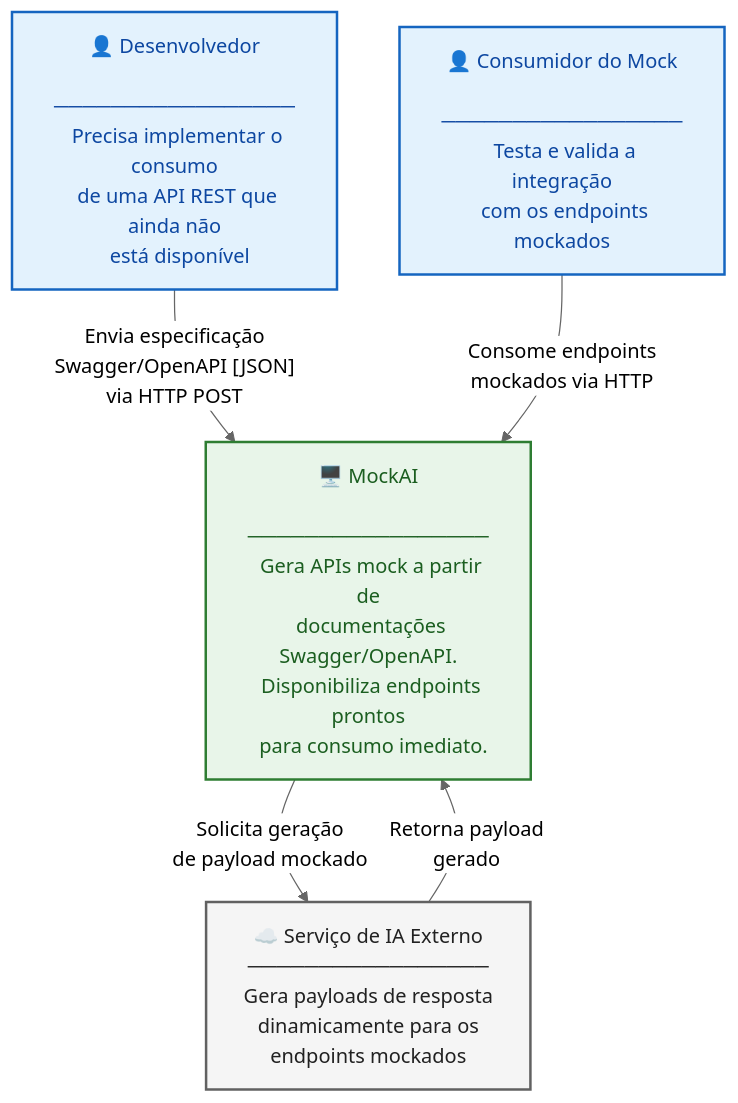
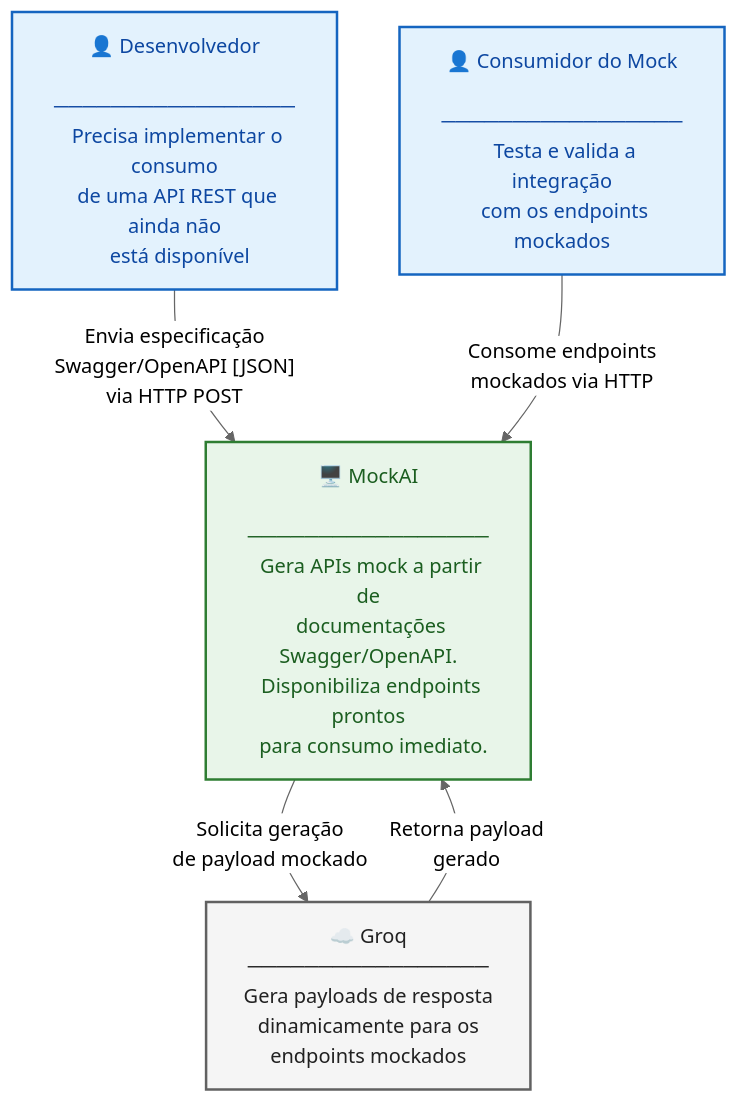
The first of 4 diagrams in docs/architecture-diagram.md (IA-para-DEVs-SCTEC-T2/mini-projeto-MockAi), drawn with Mermaid before and after one commit. The commit also changed other lines of this file and 10 other files, not shown here.

````diff
--- a/docs/architecture-diagram.md
+++ b/docs/architecture-diagram.md
@@ -15,45 +15,45 @@
 ```mermaid
 ---
 config:
   layout: dagre
   theme: neutral
 ---
 flowchart TD
   dev["👤 Desenvolvedor
   ─────────────────
   Precisa implementar o consumo
   de uma API REST que ainda não
   está disponível"]
 
   consumer["👤 Consumidor do Mock
   ─────────────────
   Testa e valida a integração
   com os endpoints mockados"]
 
   mockai["🖥️ MockAI
   ─────────────────
   Gera APIs mock a partir de
   documentações Swagger/OpenAPI.
   Disponibiliza endpoints prontos
   para consumo imediato."]
 
-  ai_ext["☁️ Serviço de IA Externo
+  ai_ext["☁️ Groq
   ─────────────────
   Gera payloads de resposta
   dinamicamente para os
   endpoints mockados"]
 
   dev -- "Envia especificação\nSwagger/OpenAPI [JSON]\nvia HTTP POST" --> mockai
   consumer -- "Consome endpoints\nmockados via HTTP" --> mockai
   mockai -- "Solicita geração\nde payload mockado" --> ai_ext
   ai_ext -- "Retorna payload\ngerado" --> mockai
 
   dev:::person
   consumer:::person
   mockai:::system
   ai_ext:::external
 
   classDef person   fill:#E3F2FD,stroke:#1565C0,stroke-width:2px,color:#0D47A1
   classDef system   fill:#E8F5E9,stroke:#2E7D32,stroke-width:2px,color:#1B5E20
   classDef external fill:#F5F5F5,stroke:#616161,stroke-width:2px,color:#212121
 ```
````
